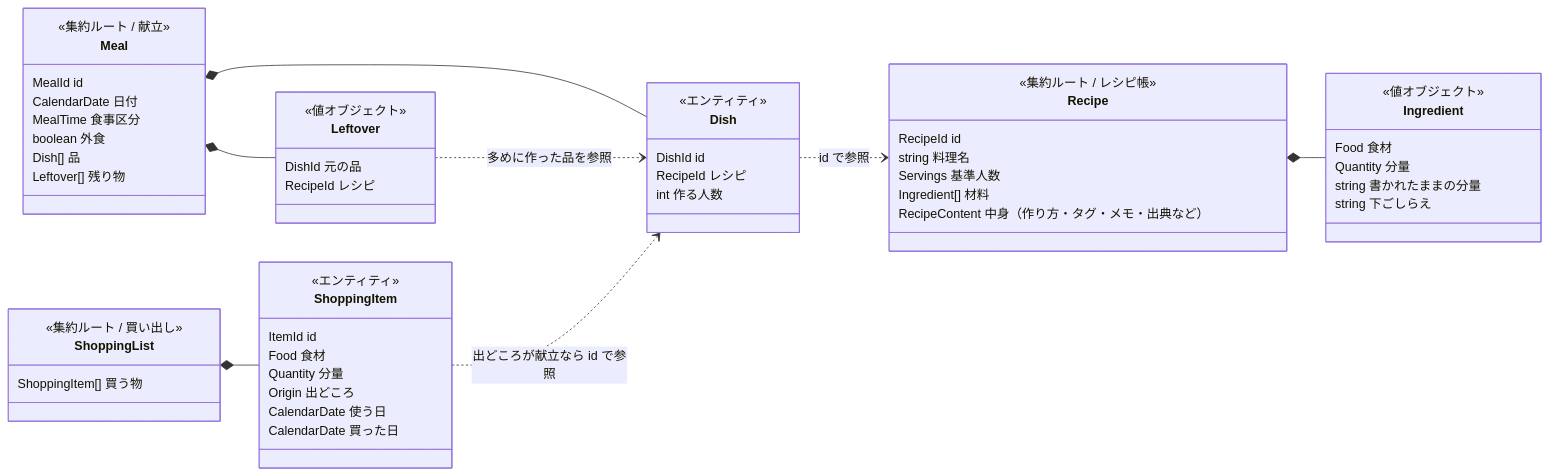
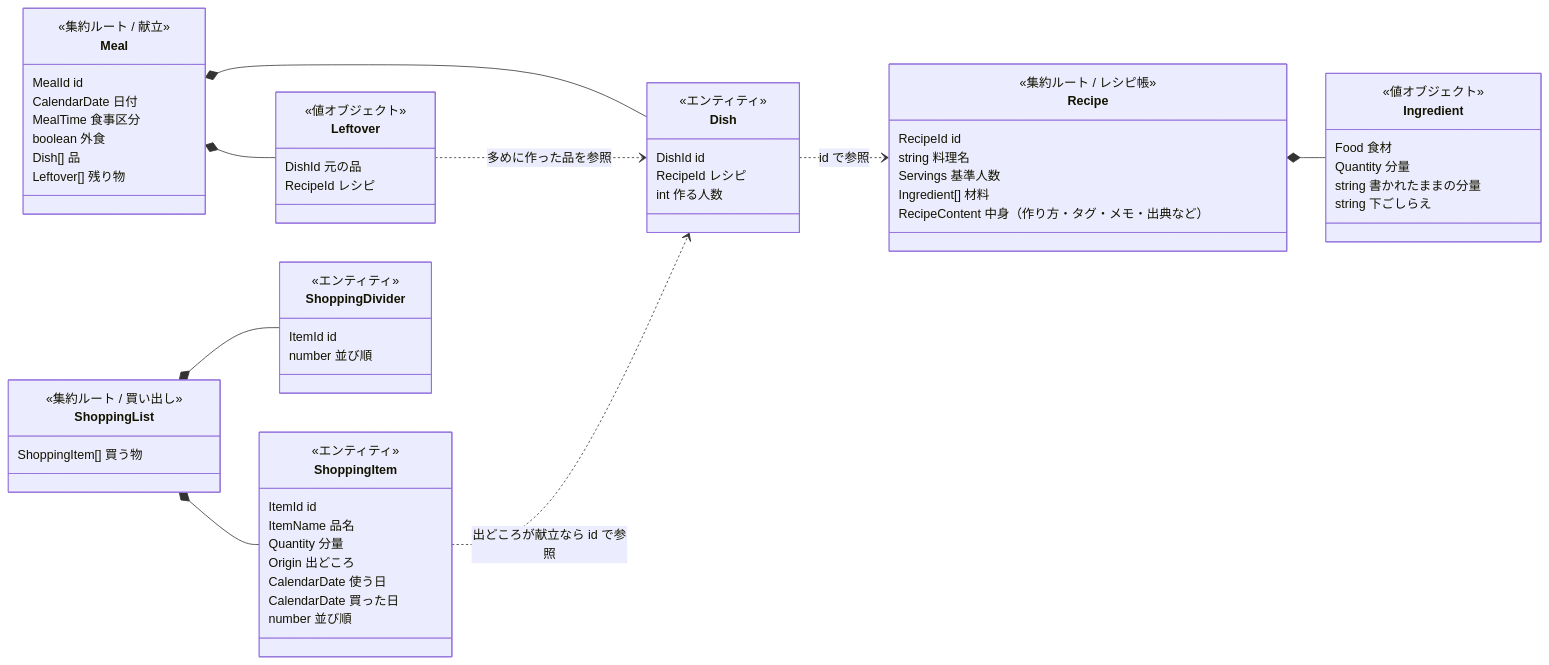
One commit to masaya722/cook-share changed the diagram in docs/domain/domain-model.md. Above: the diagram before and after it, drawn with Mermaid. The commit also changed other lines of this file and 18 other files, not shown here.

````diff
--- a/docs/domain/domain-model.md
+++ b/docs/domain/domain-model.md
@@ -8,59 +8,66 @@
 ```mermaid
 classDiagram
   direction LR
   class Recipe {
     <<集約ルート / レシピ帳>>
     RecipeId id
     string 料理名
     Servings 基準人数
     Ingredient[] 材料
     RecipeContent 中身（作り方・タグ・メモ・出典など）
   }
   class Ingredient {
     <<値オブジェクト>>
     Food 食材
     Quantity 分量
     string 書かれたままの分量
     string 下ごしらえ
   }
   class Meal {
     <<集約ルート / 献立>>
     MealId id
     CalendarDate 日付
     MealTime 食事区分
     boolean 外食
     Dish[] 品
     Leftover[] 残り物
   }
   class Dish {
     <<エンティティ>>
     DishId id
     RecipeId レシピ
     int 作る人数
   }
   class Leftover {
     <<値オブジェクト>>
     DishId 元の品
     RecipeId レシピ
   }
   class ShoppingList {
     <<集約ルート / 買い出し>>
     ShoppingItem[] 買う物
   }
   class ShoppingItem {
     <<エンティティ>>
     ItemId id
-    Food 食材
+    ItemName 品名
     Quantity 分量
     Origin 出どころ
     CalendarDate 使う日
     CalendarDate 買った日
+    number 並び順
+  }
+  class ShoppingDivider {
+    <<エンティティ>>
+    ItemId id
+    number 並び順
   }
   Recipe *-- Ingredient
   Meal *-- Dish
   Meal *-- Leftover
   Leftover ..> Dish : 多めに作った品を参照
   Dish ..> Recipe : id で参照
   ShoppingList *-- ShoppingItem
+  ShoppingList *-- ShoppingDivider
   ShoppingItem ..> Dish : 出どころが献立なら id で参照
 ```
````
